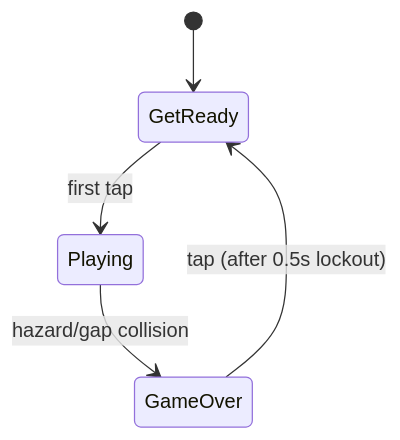
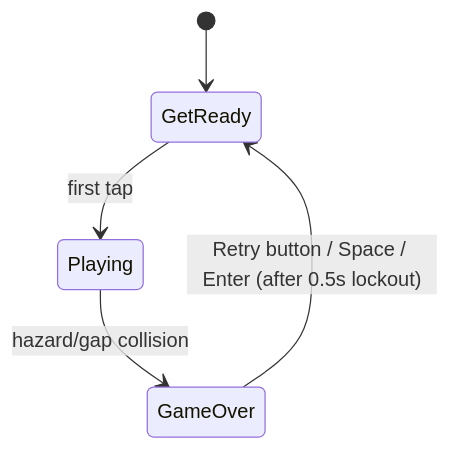
Before and after one commit to tomer143/Gravity-Guy: the first of 2 diagrams in Docs/GDD.md, drawn with Mermaid. The commit also changed other lines of this file, not shown here.

````diff
--- a/Docs/GDD.md
+++ b/Docs/GDD.md
@@ -48,7 +48,7 @@
 ```mermaid
 stateDiagram-v2
     [*] --> GetReady
     GetReady --> Playing: first tap
     Playing --> GameOver: hazard/gap collision
-    GameOver --> GetReady: tap (after 0.5s lockout)
+    GameOver --> GetReady: Retry button / Space / Enter (after 0.5s lockout)
 ```
````
